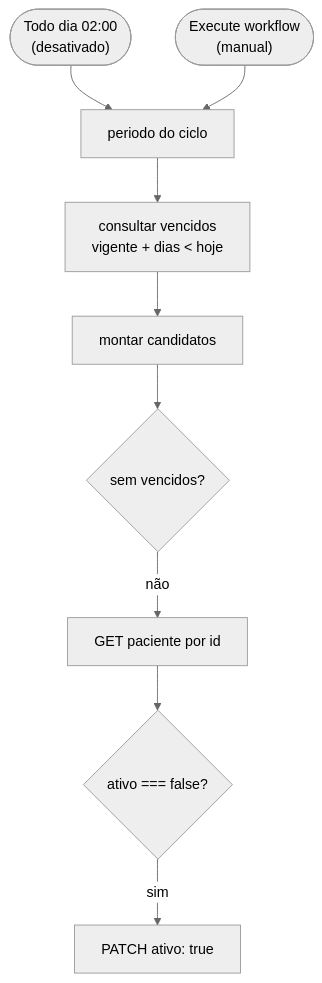
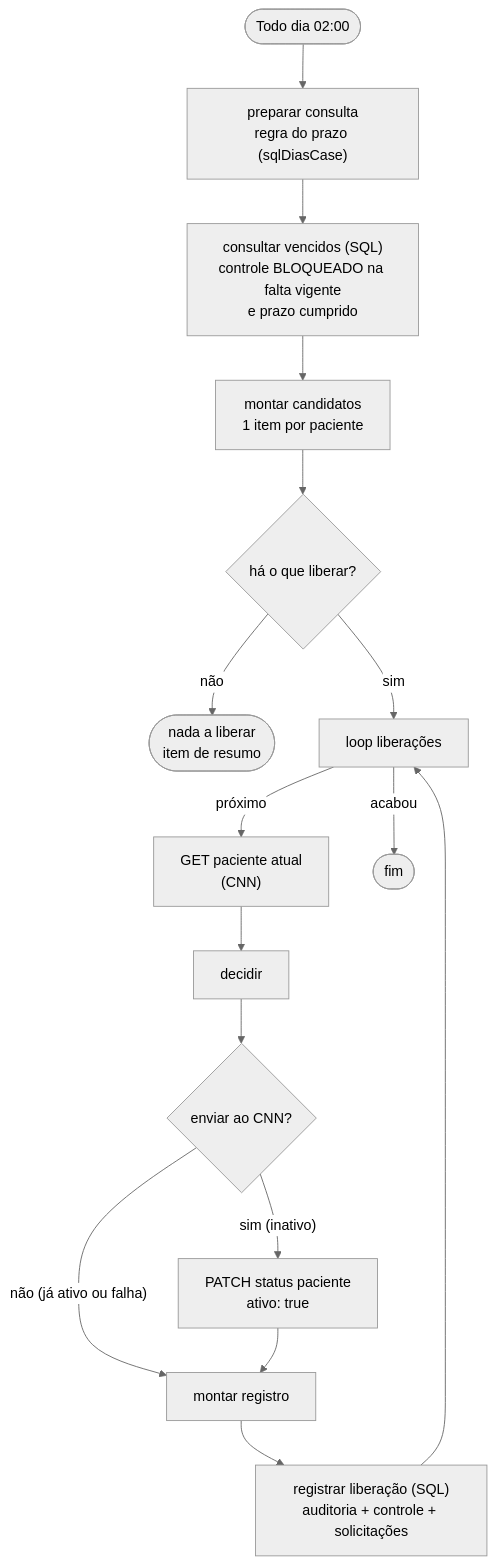
One commit to clariens/painel-integracao-desbloqueio-CNN-web changed the diagram in docs/liberacao.md. Above: the diagram before and after it, drawn with Mermaid (neutral theme). The commit also changed other lines of this file and 91 other files, not shown here.

First line of the commit message:
Solicitações de desbloqueio e liberação automática após o prazo

````diff
--- a/docs/liberacao.md
+++ b/docs/liberacao.md
@@ -13,11 +28,18 @@
 ```mermaid
 flowchart TD
-    T1(["Todo dia 02:00<br/>(desativado)"]) --> P["periodo do ciclo"]
-    T2(["Execute workflow<br/>(manual)"]) --> P
-    P --> C["consultar vencidos<br/>vigente + dias < hoje"]
-    C --> M["montar candidatos"]
-    M --> Q{"sem vencidos?"}
-    Q -->|"não"| G["GET paciente por id"]
-    G --> I{"ativo === false?"}
-    I -->|"sim"| H["PATCH ativo: true"]
+    T(["Todo dia 02:00"]) --> P["preparar consulta<br/>regra do prazo (sqlDiasCase)"]
+    P --> C["consultar vencidos (SQL)<br/>controle BLOQUEADO na falta vigente<br/>e prazo cumprido"]
+    C --> M["montar candidatos<br/>1 item por paciente"]
+    M --> Q{"há o que liberar?"}
+    Q -->|"não"| N(["nada a liberar<br/>item de resumo"])
+    Q -->|"sim"| L["loop liberações"]
+    L -->|"próximo"| G["GET paciente atual<br/>(CNN)"]
+    G --> D["decidir"]
+    D --> E{"enviar ao CNN?"}
+    E -->|"sim (inativo)"| H["PATCH status paciente<br/>ativo: true"]
+    E -->|"não (já ativo ou falha)"| R
+    H --> R["montar registro"]
+    R --> S["registrar liberação (SQL)<br/>auditoria + controle + solicitações"]
+    S --> L
+    L -->|"acabou"| F(["fim"])
 ```
````
